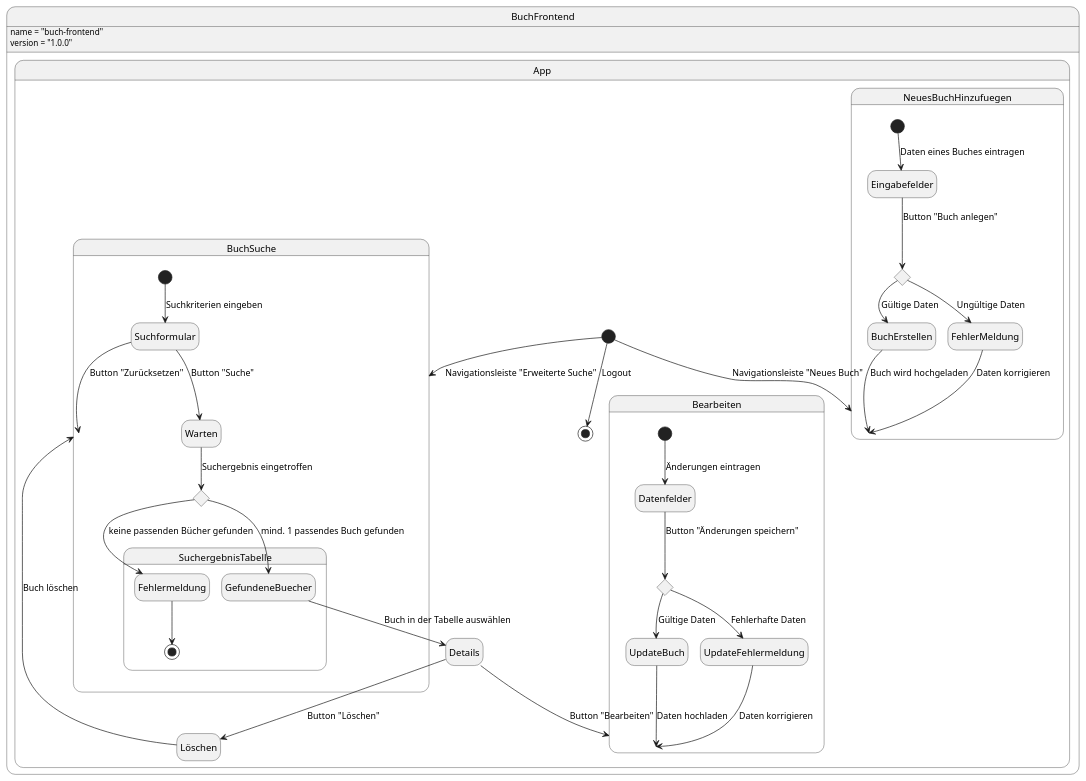
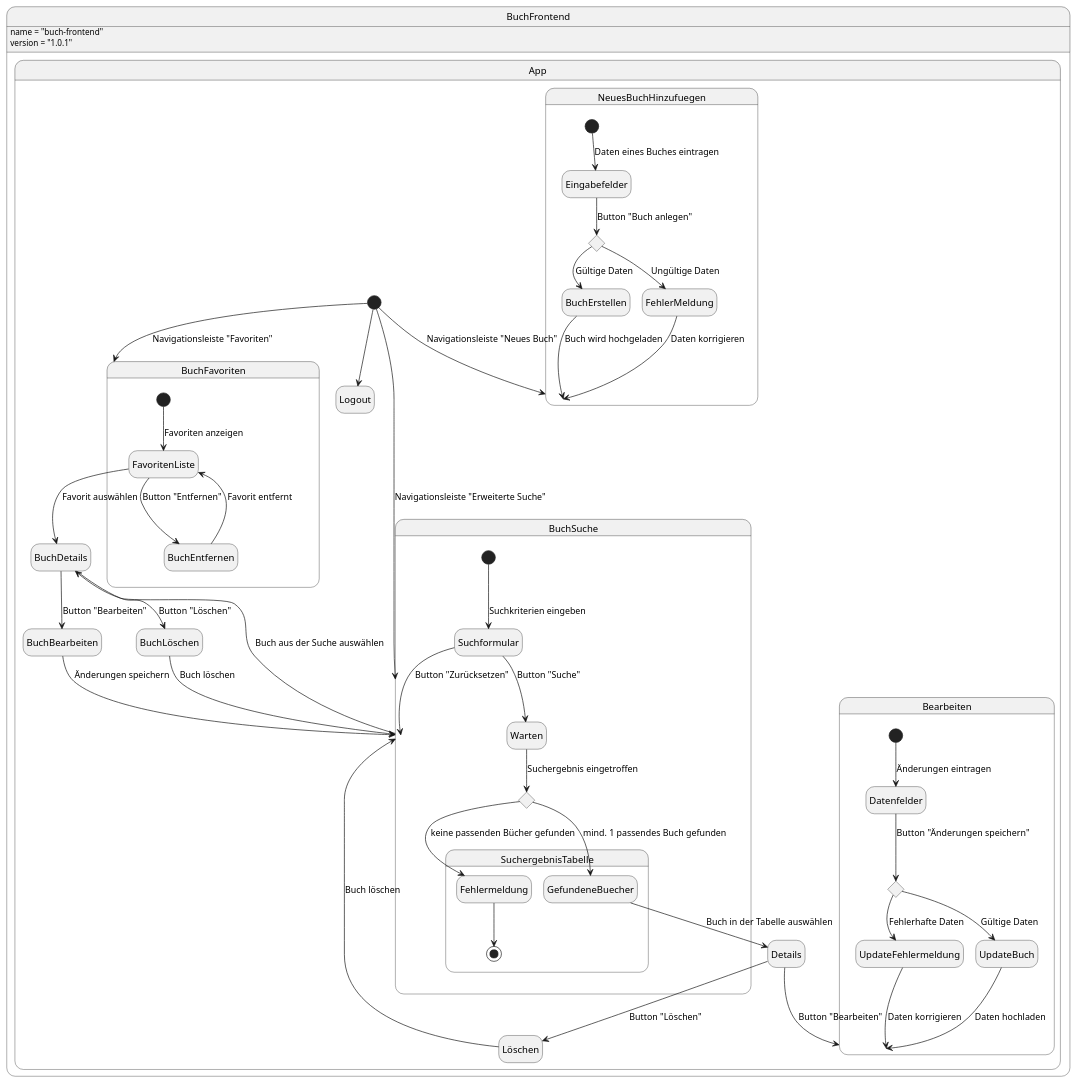
One commit to Scarrange/buch-frontend changed the diagram in .extras/doc/zustandsdiagramm.plantuml. Above: the diagram before and after it, drawn with PlantUML.

Commit message:
Update zustandsdiagramm.plantuml
update zustandsdiagramm

```diff
--- a/.extras/doc/zustandsdiagramm.plantuml
+++ b/.extras/doc/zustandsdiagramm.plantuml
@@ -1,55 +1,70 @@
 @startuml Zustandsdiagramm
 ' Preview durch <Alt>d
 
 hide empty description
 state BuchFrontend {
-BuchFrontend : name = "buch-frontend"
-BuchFrontend : version = "1.0.0"
+    BuchFrontend : name = "buch-frontend"
+    BuchFrontend : version = "1.0.1"
 
-state App {
-    [*] --> [*]: Logout
+    state App {
+        [*] --> Logout
 
-    state BuchSuche {
-        [*] --> Suchformular: Suchkriterien eingeben
-        Suchformular --> Warten: Button "Suche"
-        Suchformular --> BuchSuche: Button "Zurücksetzen"
-        state SuchAuswahl <<choice>>
-        Warten --> SuchAuswahl: Suchergebnis eingetroffen
+        state BuchSuche {
+            [*] --> Suchformular: Suchkriterien eingeben
+            Suchformular --> Warten: Button "Suche"
+            Suchformular --> BuchSuche: Button "Zurücksetzen"
+            state SuchAuswahl <<choice>>
+            Warten --> SuchAuswahl: Suchergebnis eingetroffen
 
-        state SuchergebnisTabelle {
-            SuchAuswahl --> GefundeneBuecher: mind. 1 passendes Buch gefunden
-            SuchAuswahl --> Fehlermeldung: keine passenden Bücher gefunden
-            Fehlermeldung --> [*]
+            state SuchergebnisTabelle {
+                SuchAuswahl --> GefundeneBuecher: mind. 1 passendes Buch gefunden
+                SuchAuswahl --> Fehlermeldung: keine passenden Bücher gefunden
+                Fehlermeldung --> [*]
+            }
+        }
+        Details --> Bearbeiten: Button "Bearbeiten"
+        Details --> Löschen: Button "Löschen"
+        Löschen --> BuchSuche: Buch löschen
+
+        state Bearbeiten {
+            [*] --> Datenfelder: Änderungen eintragen
+            state UpdateAuswahl <<choice>> 
+            Datenfelder --> UpdateAuswahl: Button "Änderungen speichern"
+            UpdateAuswahl --> UpdateFehlermeldung: Fehlerhafte Daten
+            UpdateAuswahl --> UpdateBuch: Gültige Daten
+            UpdateBuch --> Bearbeiten: Daten hochladen
+            UpdateFehlermeldung --> Bearbeiten: Daten korrigieren
+        }
+
+        [*] --> BuchSuche: Navigationsleiste "Erweiterte Suche"
+        GefundeneBuecher --> Details: Buch in der Tabelle auswählen
+
+        [*] --> NeuesBuchHinzufuegen: Navigationsleiste "Neues Buch"
+        
+        state NeuesBuchHinzufuegen {
+            [*] --> Eingabefelder: Daten eines Buches eintragen
+            state HinzufuegenAuswahl <<choice>>
+            Eingabefelder --> HinzufuegenAuswahl: Button "Buch anlegen"
+            HinzufuegenAuswahl --> BuchErstellen: Gültige Daten
+            HinzufuegenAuswahl --> FehlerMeldung: Ungültige Daten
+            BuchErstellen --> NeuesBuchHinzufuegen: Buch wird hochgeladen
+            FehlerMeldung --> NeuesBuchHinzufuegen: Daten korrigieren
+        }
+
+        BuchSuche --> BuchDetails: Buch aus der Suche auswählen
+        BuchDetails --> BuchBearbeiten: Button "Bearbeiten"
+        BuchDetails --> BuchLöschen: Button "Löschen"
+        BuchLöschen --> BuchSuche: Buch löschen
+        BuchBearbeiten --> BuchSuche: Änderungen speichern
+
+        [*] --> BuchFavoriten: Navigationsleiste "Favoriten"
+        
+        state BuchFavoriten {
+            [*] --> FavoritenListe: Favoriten anzeigen
+            FavoritenListe --> BuchDetails: Favorit auswählen
+            FavoritenListe --> BuchEntfernen: Button "Entfernen"
+            BuchEntfernen --> FavoritenListe: Favorit entfernt
         }
     }
-    Details --> Bearbeiten: Button "Bearbeiten"
-    Details --> Löschen: Button "Löschen"
-    Löschen --> BuchSuche: Buch löschen
-
-    state Bearbeiten {
-        [*] --> Datenfelder: Änderungen eintragen
-        state UpdateAuswahl <<choice>> 
-        Datenfelder --> UpdateAuswahl: Button "Änderungen speichern"
-        UpdateBuch --> Bearbeiten: Daten hochladen
-        UpdateAuswahl --> UpdateFehlermeldung: Fehlerhafte Daten
-        UpdateAuswahl --> UpdateBuch: Gültige Daten
-        UpdateFehlermeldung --> Bearbeiten: Daten korrigieren
-    }
-
-    [*] --> BuchSuche: Navigationsleiste "Erweiterte Suche"
-    GefundeneBuecher --> Details: Buch in der Tabelle auswählen
-
-    [*] --> NeuesBuchHinzufuegen: Navigationsleiste "Neues Buch"
-    
-    state NeuesBuchHinzufuegen {
-        [*] --> Eingabefelder: Daten eines Buches eintragen
-        state HinzufuegenAuswahl <<choice>>
-        Eingabefelder --> HinzufuegenAuswahl: Button "Buch anlegen"
-        HinzufuegenAuswahl --> BuchErstellen: Gültige Daten
-        HinzufuegenAuswahl --> FehlerMeldung: Ungültige Daten
-        BuchErstellen --> NeuesBuchHinzufuegen: Buch wird hochgeladen
-        FehlerMeldung --> NeuesBuchHinzufuegen: Daten korrigieren
-    }
-}
 }
 @enduml
```
